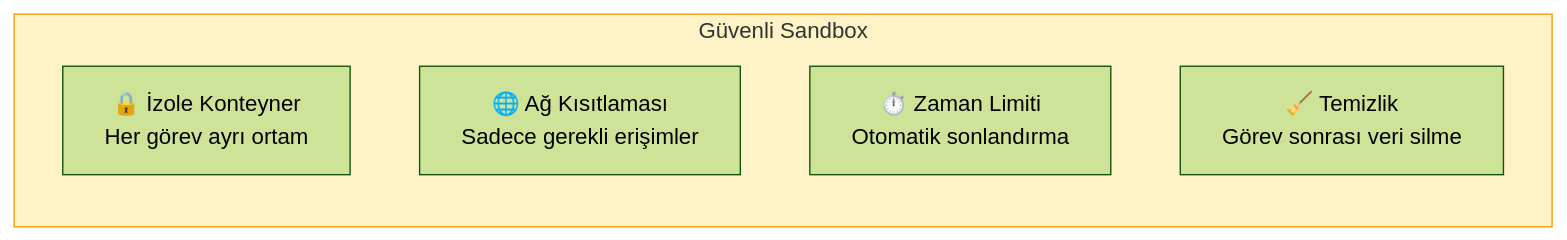
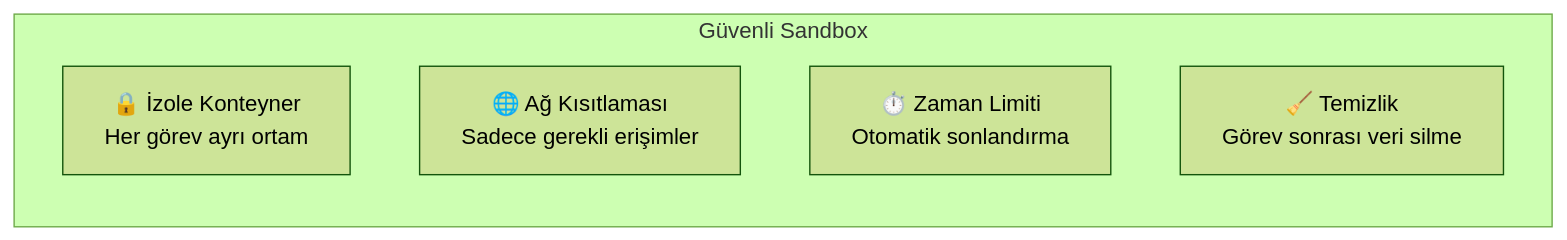
Before and after one commit to IzzetYasinAtes/ClaudeCodeHandbook: the seventh of 7 diagrams in 15-entegrasyonlar/08-web-uzerinde-claude-code.md, drawn with Mermaid (forest theme). The commit also changed other lines of this file and 97 other files, not shown here.

Commit message:
Remove all custom Mermaid style/fill colors from 98 markdown files for consistent dark theme rendering

````diff
--- a/15-entegrasyonlar/08-web-uzerinde-claude-code.md
+++ b/15-entegrasyonlar/08-web-uzerinde-claude-code.md
@@ -286,12 +273,11 @@
 ```mermaid
 flowchart TB
     subgraph sandbox ["Güvenli Sandbox"]
         direction TB
         ISO["🔒 İzole Konteyner<br/>Her görev ayrı ortam"]
         NET["🌐 Ağ Kısıtlaması<br/>Sadece gerekli erişimler"]
         TTL["⏱️ Zaman Limiti<br/>Otomatik sonlandırma"]
         CLN["🧹 Temizlik<br/>Görev sonrası veri silme"]
     end
 
-    style sandbox fill:#FEF3C7,stroke:#F59E0B
 ```
````
